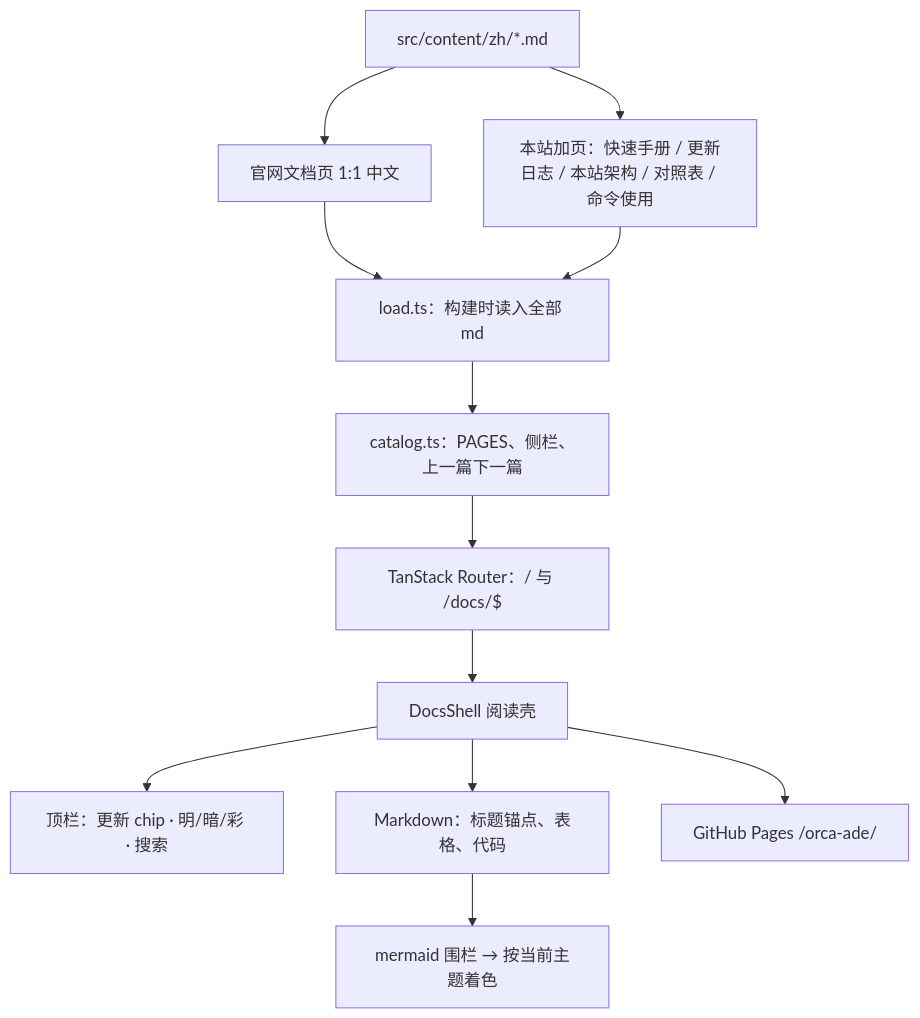
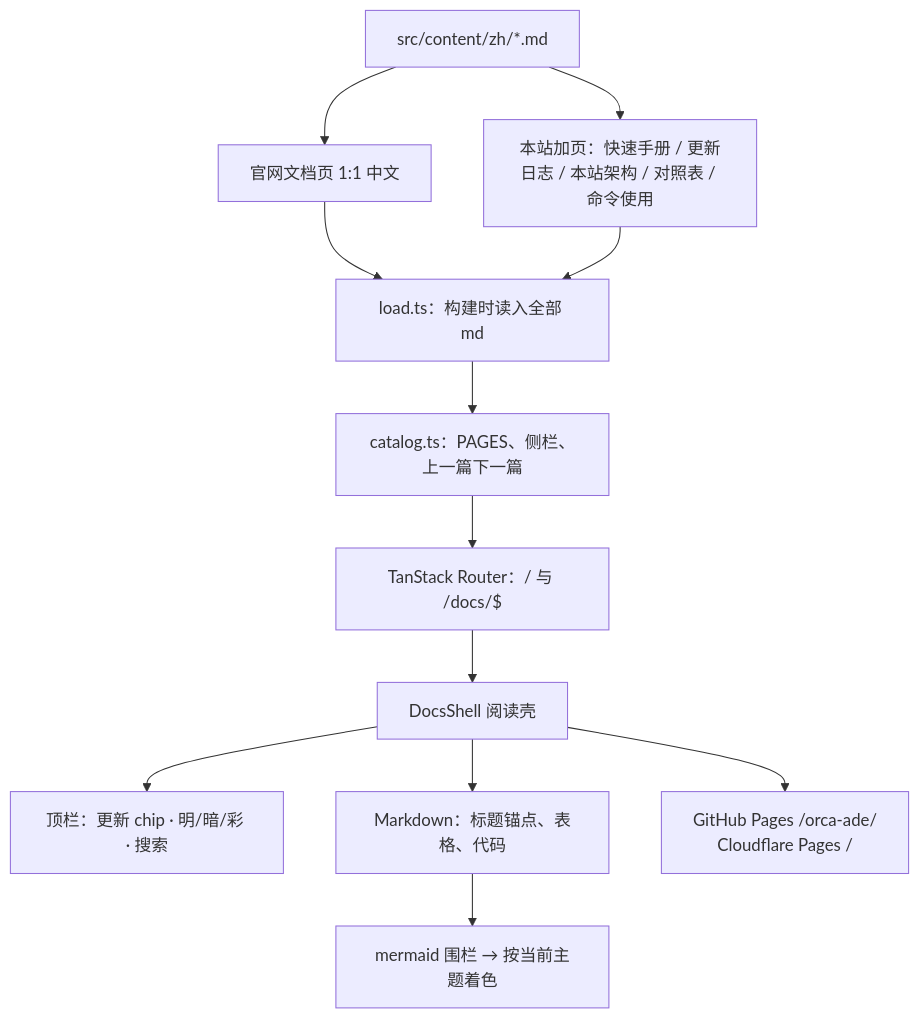
One commit to gradient30/orca-ade changed the first of 2 diagrams in src/content/zh/architecture.md. Above: the diagram before and after it, drawn with Mermaid. The commit also changed other lines of this file and 6 other files, not shown here.

First line of the commit message:
feat(deploy): Cloudflare Pages alongside GitHub Pages (#13)

````diff
--- a/src/content/zh/architecture.md
+++ b/src/content/zh/architecture.md
@@ -11,15 +11,15 @@
 ```mermaid
 flowchart TB
   ZH["src/content/zh/*.md"]
   ZH --> OFF["官网文档页 1:1 中文"]
   ZH --> ADD["本站加页：快速手册 / 更新日志 / 本站架构 / 对照表 / 命令使用"]
   OFF --> LOAD["load.ts：构建时读入全部 md"]
   ADD --> LOAD
   LOAD --> CAT["catalog.ts：PAGES、侧栏、上一篇下一篇"]
   CAT --> RT["TanStack Router：/ 与 /docs/$"]
   RT --> SHELL["DocsShell 阅读壳"]
   SHELL --> HDR["顶栏：更新 chip · 明/暗/彩 · 搜索"]
   SHELL --> MD["Markdown：标题锚点、表格、代码"]
   MD --> MMR["mermaid 围栏 → 按当前主题着色"]
-  SHELL --> PAGE["GitHub Pages /orca-ade/"]
+  SHELL --> PAGE["GitHub Pages /orca-ade/ \n Cloudflare Pages /"]
 ```
````
